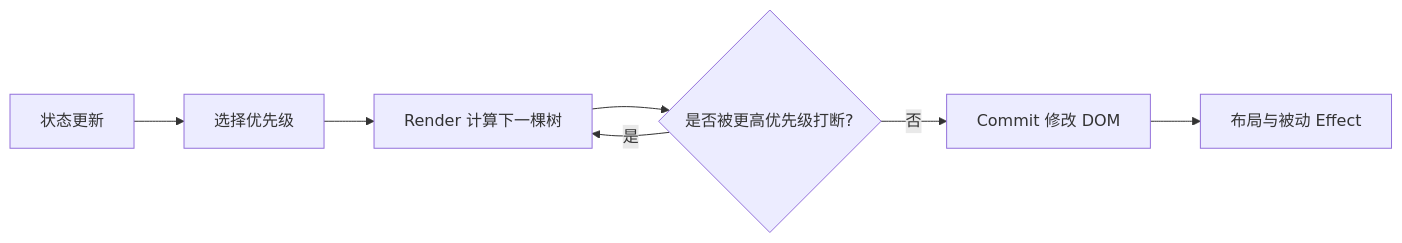
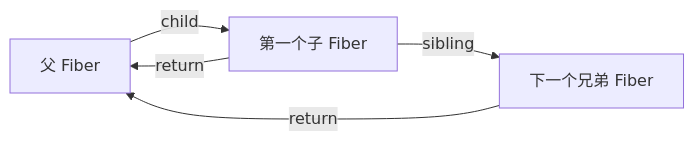
One commit to upJiang/jiang-blog-vitepress changed the diagram in docs/frontend/react-fiber-concurrent-rendering.md. Above: the diagram before and after it, drawn with Mermaid. The commit also changed other lines of this file and 425 other files, not shown here.

````diff
--- a/docs/frontend/react-fiber-concurrent-rendering.md
+++ b/docs/frontend/react-fiber-concurrent-rendering.md
@@ -33,9 +37,7 @@
 ```mermaid
 flowchart LR
-  U[状态更新] --> S[选择优先级]
-  S --> R[Render 计算下一棵树]
-  R --> C{是否被更高优先级打断?}
-  C -->|是| R
-  C -->|否| M[Commit 修改 DOM]
-  M --> E[布局与被动 Effect]
+  A[父 Fiber] -->|child| B[第一个子 Fiber]
+  B -->|sibling| C[下一个兄弟 Fiber]
+  C -->|return| A
+  B -->|return| A
 ```
````
